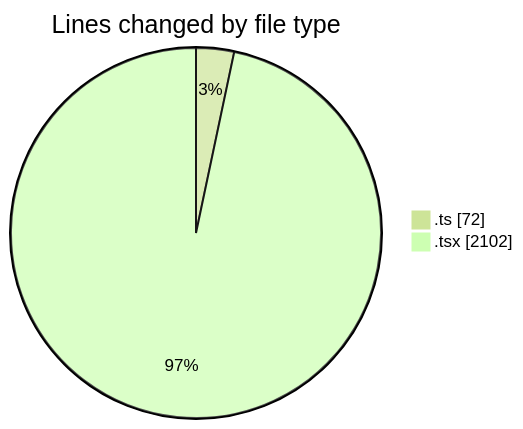
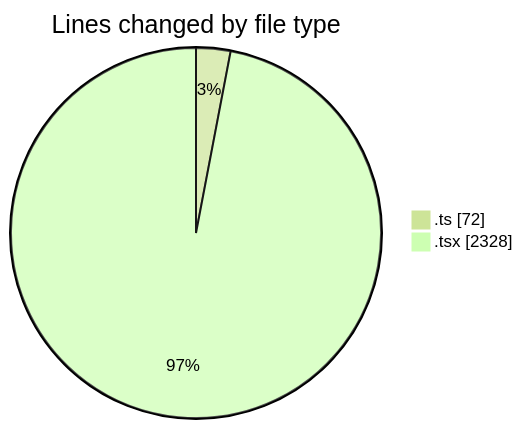
One commit to momahboobian/code-tracking changed the first of 2 diagrams in 2025-09-25/cda/README.md. Above: the diagram before and after it, drawn with Mermaid (forest theme). The commit also changed other lines of this file and 1 other file, not shown here.

````diff
--- a/2025-09-25/cda/README.md
+++ b/2025-09-25/cda/README.md
@@ -29,6 +30,6 @@
 ```mermaid
 pie showData
 title Lines changed by file type
 ".ts" : 72
-".tsx" : 2102
+".tsx" : 2328
 ```
````
